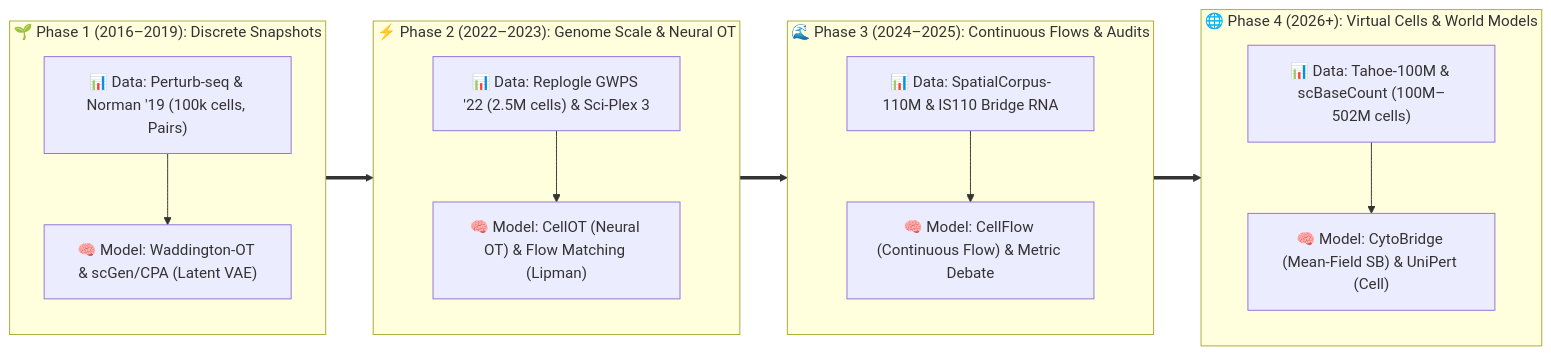
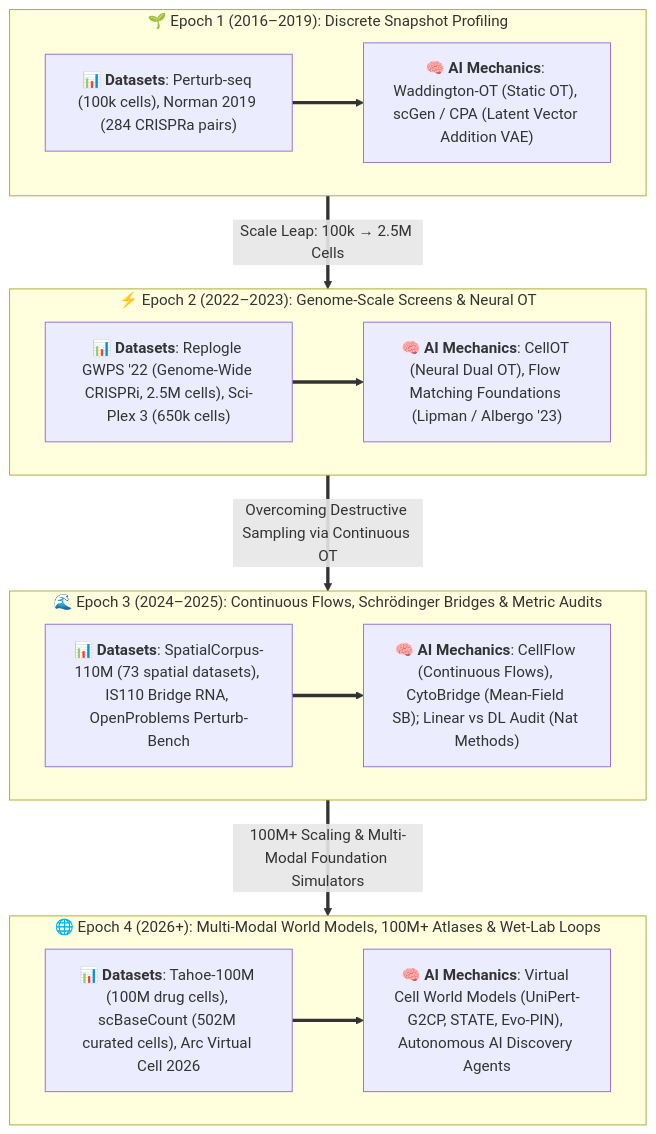
The second of 2 diagrams in README.md (zwYang2004/Awesome-Virtual-Cell-2026), drawn with Mermaid before and after one commit. The commit also changed other lines of this file and 2 other files, not shown here.

Commit message:
style: switch Docsify to Nature-style clean academic theme, fix timeline flowchart, and upgrade AI radar

````diff
--- a/README.md
+++ b/README.md
@@ -99,32 +97,34 @@
 ```mermaid
-flowchart LR
-    subgraph E1["🌱 Phase 1 (2016–2019): Discrete Snapshots"]
-        direction TB
-        D1["📊 Data: Perturb-seq & Norman '19 (100k cells, Pairs)"]
-        M1["🧠 Model: Waddington-OT & scGen/CPA (Latent VAE)"]
-        D1 --> M1
+flowchart TD
+    subgraph E1["🌱 Epoch 1 (2016–2019): Discrete Snapshot Profiling"]
+        direction LR
+        D1["📊 <b>Datasets</b>: Perturb-seq (100k cells), Norman 2019 (284 CRISPRa pairs)"]
+        M1["🧠 <b>AI Mechanics</b>: Waddington-OT (Static OT), scGen / CPA (Latent Vector Addition VAE)"]
+        D1 ==> M1
     end
 
-    subgraph E2["⚡ Phase 2 (2022–2023): Genome Scale & Neural OT"]
-        direction TB
-        D2["📊 Data: Replogle GWPS '22 (2.5M cells) & Sci-Plex 3"]
-        M2["🧠 Model: CellOT (Neural OT) & Flow Matching (Lipman)"]
-        D2 --> M2
+    subgraph E2["⚡ Epoch 2 (2022–2023): Genome-Scale Screens & Neural OT"]
+        direction LR
+        D2["📊 <b>Datasets</b>: Replogle GWPS '22 (Genome-Wide CRISPRi, 2.5M cells), Sci-Plex 3 (650k cells)"]
+        M2["🧠 <b>AI Mechanics</b>: CellOT (Neural Dual OT), Flow Matching Foundations (Lipman / Albergo '23)"]
+        D2 ==> M2
     end
 
-    subgraph E3["🌊 Phase 3 (2024–2025): Continuous Flows & Audits"]
-        direction TB
-        D3["📊 Data: SpatialCorpus-110M & IS110 Bridge RNA"]
-        M3["🧠 Model: CellFlow (Continuous Flow) & Metric Debate"]
-        D3 --> M3
+    subgraph E3["🌊 Epoch 3 (2024–2025): Continuous Flows, Schrödinger Bridges & Metric Audits"]
+        direction LR
+        D3["📊 <b>Datasets</b>: SpatialCorpus-110M (73 spatial datasets), IS110 Bridge RNA, OpenProblems Perturb-Bench"]
+        M3["🧠 <b>AI Mechanics</b>: CellFlow (Continuous Flows), CytoBridge (Mean-Field SB); Linear vs DL Audit (Nat Methods)"]
+        D3 ==> M3
     end
 
-    subgraph E4["🌐 Phase 4 (2026+): Virtual Cells & World Models"]
-        direction TB
-        D4["📊 Data: Tahoe-100M & scBaseCount (100M–502M cells)"]
-        M4["🧠 Model: CytoBridge (Mean-Field SB) & UniPert (Cell)"]
-        D4 --> M4
+    subgraph E4["🌐 Epoch 4 (2026+): Multi-Modal World Models, 100M+ Atlases & Wet-Lab Loops"]
+        direction LR
+        D4["📊 <b>Datasets</b>: Tahoe-100M (100M drug cells), scBaseCount (502M curated cells), Arc Virtual Cell 2026"]
+        M4["🧠 <b>AI Mechanics</b>: Virtual Cell World Models (UniPert-G2CP, STATE, Evo-PIN), Autonomous AI Discovery Agents"]
+        D4 ==> M4
     end
 
-    E1 ==> E2 ==> E3 ==> E4
+    E1 ==>|"Scale Leap: 100k → 2.5M Cells"| E2
+    E2 ==>|"Overcoming Destructive Sampling via Continuous OT"| E3
+    E3 ==>|"100M+ Scaling & Multi-Modal Foundation Simulators"| E4
 ```
````
